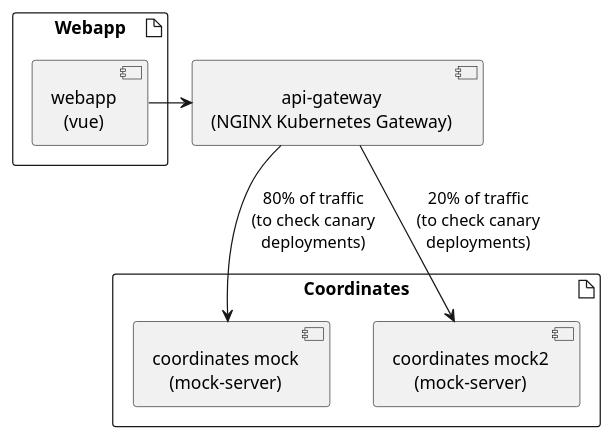
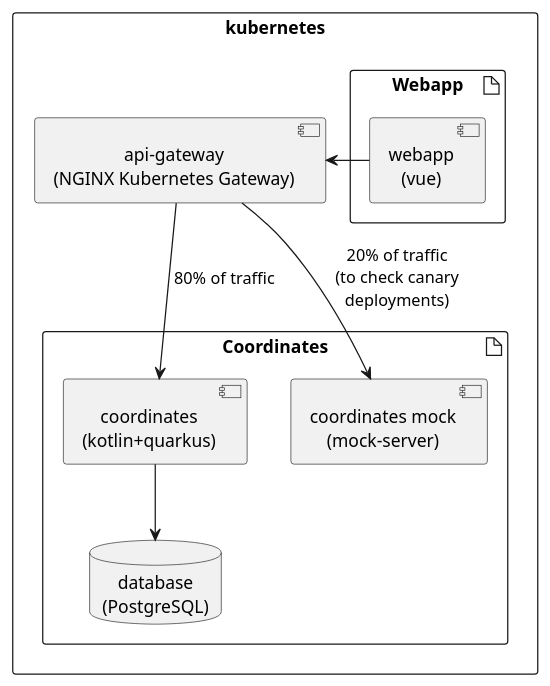
Before and after one commit to illegal-dump/.github: the diagram in architecture.puml, drawn with PlantUML. The commit also changed 5 other files, not shown here.

```diff
--- a/architecture.puml
+++ b/architecture.puml
@@ -1,49 +1,50 @@
 @startuml
 skinparam defaultTextAlignment center
 
 ' ---
+
+rectangle kubernetes {
 
 artifact Webapp {
     [webapp\n(vue)] as webapp
 }
 
 ' [mobileapp] as mobileapp
 
 [api-gateway\n(NGINX Kubernetes Gateway)] as apigateway
 
 artifact Coordinates {
-    ' [coordinates\n(kotlin+quarkus)] as coordinates
+    [coordinates\n(kotlin+quarkus)] as coordinates
     ' [coordinates reporter] as coordinatesreporter
     [coordinates mock\n(mock-server)] as coordinatesmock
-    [coordinates mock2\n(mock-server)] as coordinatesmock2
-    ' database "database\n(PostgreSQL)" as database {
-        
-    ' }
+    database "database\n(PostgreSQL)" as database {
+    }
 }
 
 ' artifact Monitoring {
     ' [prometheus] as prometheus
     ' [grafana] as grafana
 ' }
 
 ' queue [events\n(kafka)] as events{
     ' 
 ' }
 
+}
+
 ' ---
 
 webapp -right-> apigateway
 
 ' apigateway --> coordinatesreporter
-apigateway --> coordinatesmock : 80% of traffic\n(to check canary\ndeployments)
-apigateway --> coordinatesmock2 : 20% of traffic\n(to check canary\ndeployments)
-' apigateway --> coordinates : 80% of traffic
+apigateway --> coordinatesmock : 20% of traffic\n(to check canary\ndeployments)
+apigateway --> coordinates : 80% of traffic
 
-' coordinates --> database
+coordinates --> database
 ' coordinates -left-> events
 
 ' mobileapp --> apigateway 
 
 ' coordinatesreporter -left-> events
 
 @enduml
```
